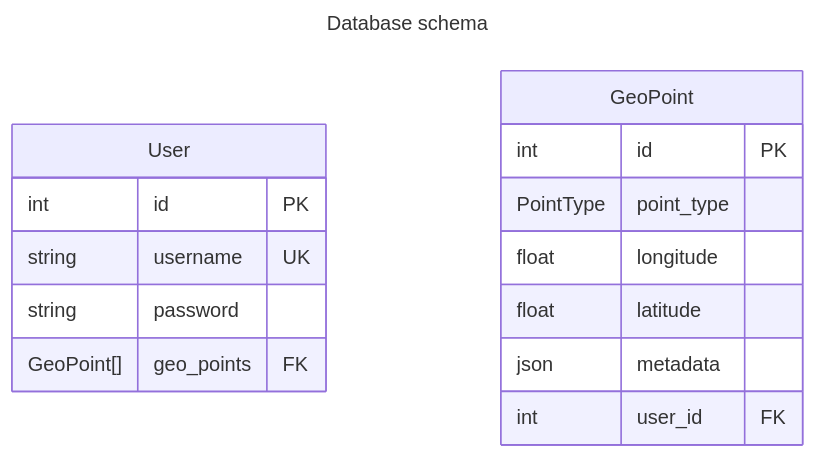
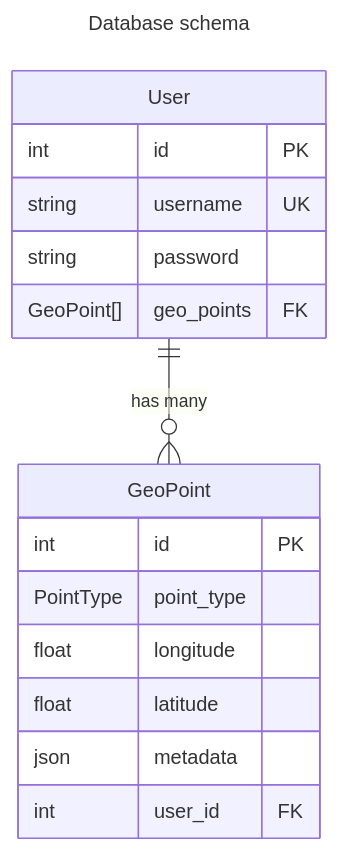
The diagram in docs/diagrams/db_schema_er_diagram.md (qProve/Situation-room), drawn with Mermaid before and after one commit.

````diff
--- a/docs/diagrams/db_schema_er_diagram.md
+++ b/docs/diagrams/db_schema_er_diagram.md
@@ -1,21 +1,23 @@
 ```mermaid
 ---
 title: Database schema
 ---
 erDiagram
     User {
         int id PK
         string username UK
         string password
         GeoPoint[] geo_points FK
     }
 
     GeoPoint {
         int id PK
         PointType point_type
         float longitude
         float latitude
         json metadata
         int user_id FK
     }
+
+    User ||--o{ GeoPoint : "has many"
 ```
````
